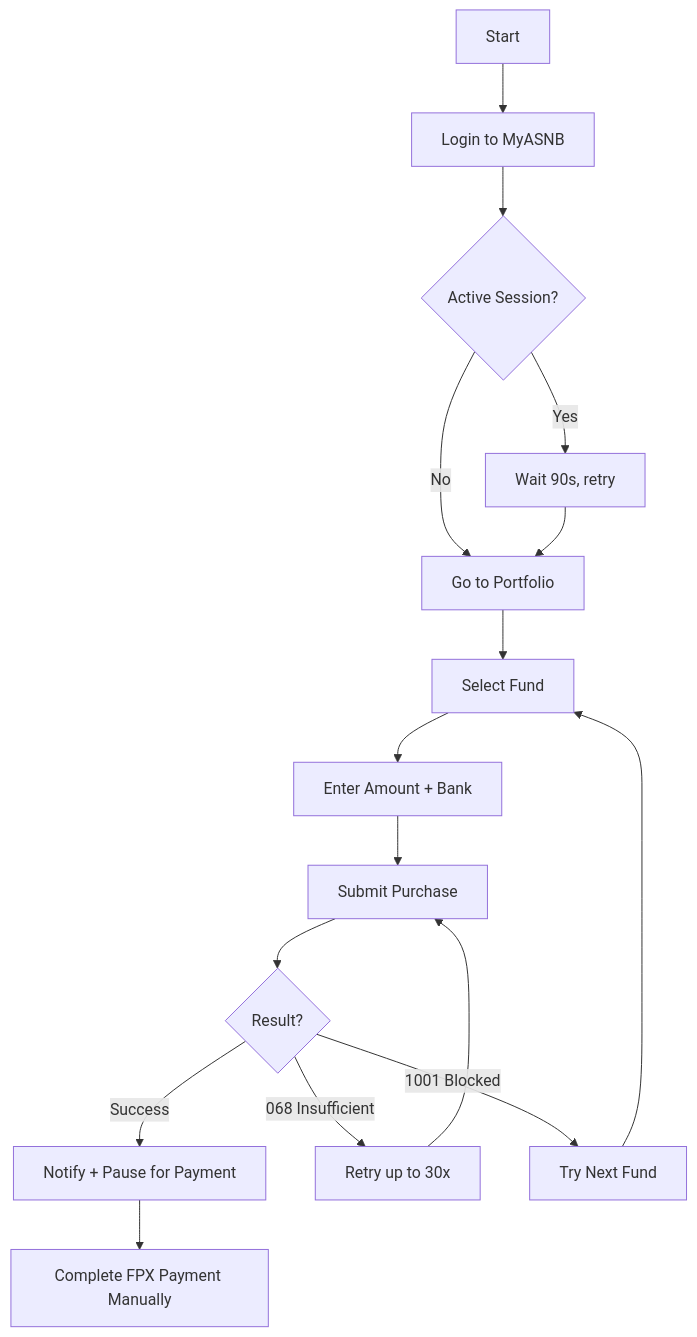
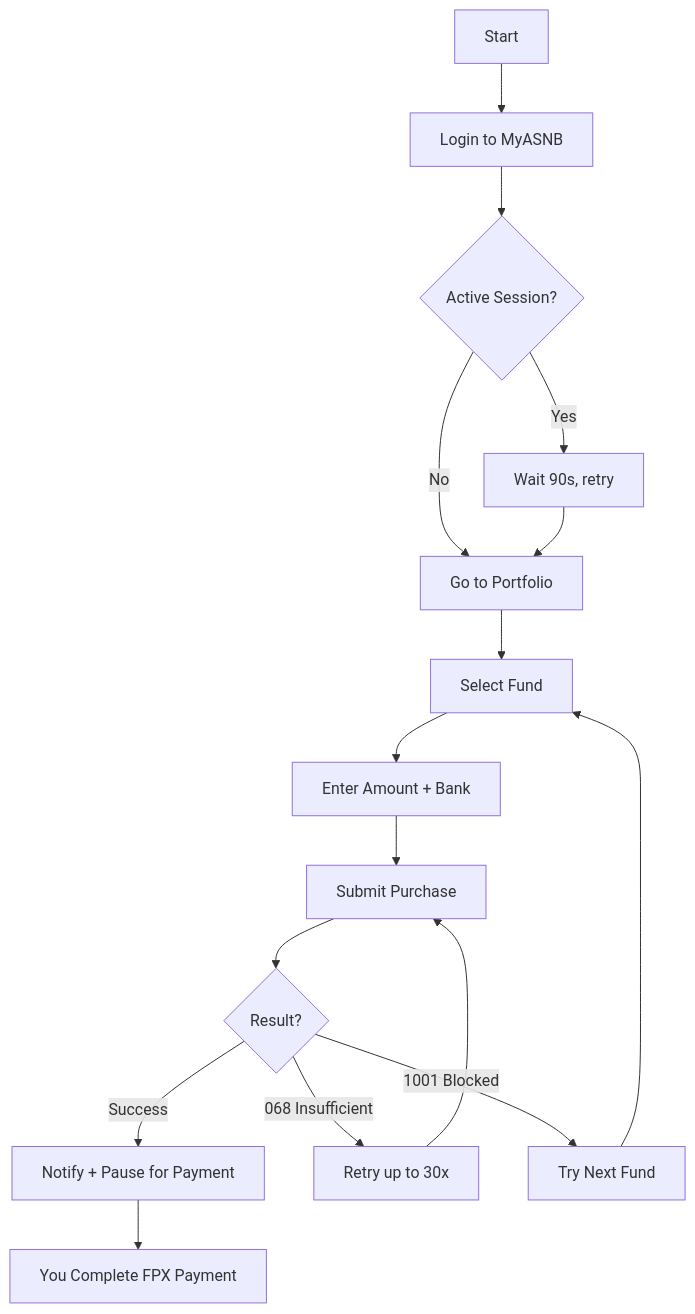
The diagram in README.md (yenwee/asnb_buyer_app), drawn with Mermaid before and after one commit. The commit also changed other lines of this file, not shown here.

````diff
--- a/README.md
+++ b/README.md
@@ -40,21 +72,21 @@
 ```mermaid
 flowchart TD
     A[Start] --> B[Login to MyASNB]
     B --> C{Active Session?}
     C -->|Yes| D[Wait 90s, retry]
     C -->|No| E[Go to Portfolio]
     D --> E
 
     E --> F[Select Fund]
     F --> G[Enter Amount + Bank]
     G --> H[Submit Purchase]
 
     H --> I{Result?}
-    I -->|Success| J[Notify + Pause for Payment]
+    I -->|Success| J["Notify + Pause for Payment"]
     I -->|068 Insufficient| K[Retry up to 30x]
     K --> H
     I -->|1001 Blocked| L[Try Next Fund]
     L --> F
 
-    J --> M[Complete FPX Payment Manually]
+    J --> M[You Complete FPX Payment]
 ```
````
